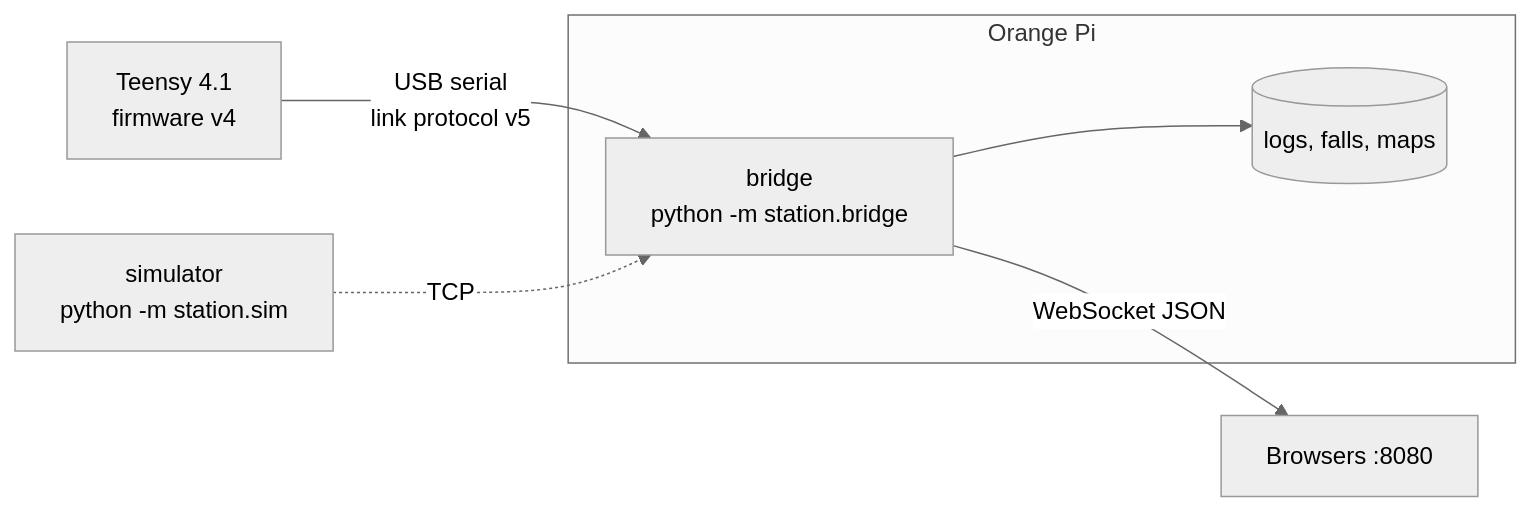
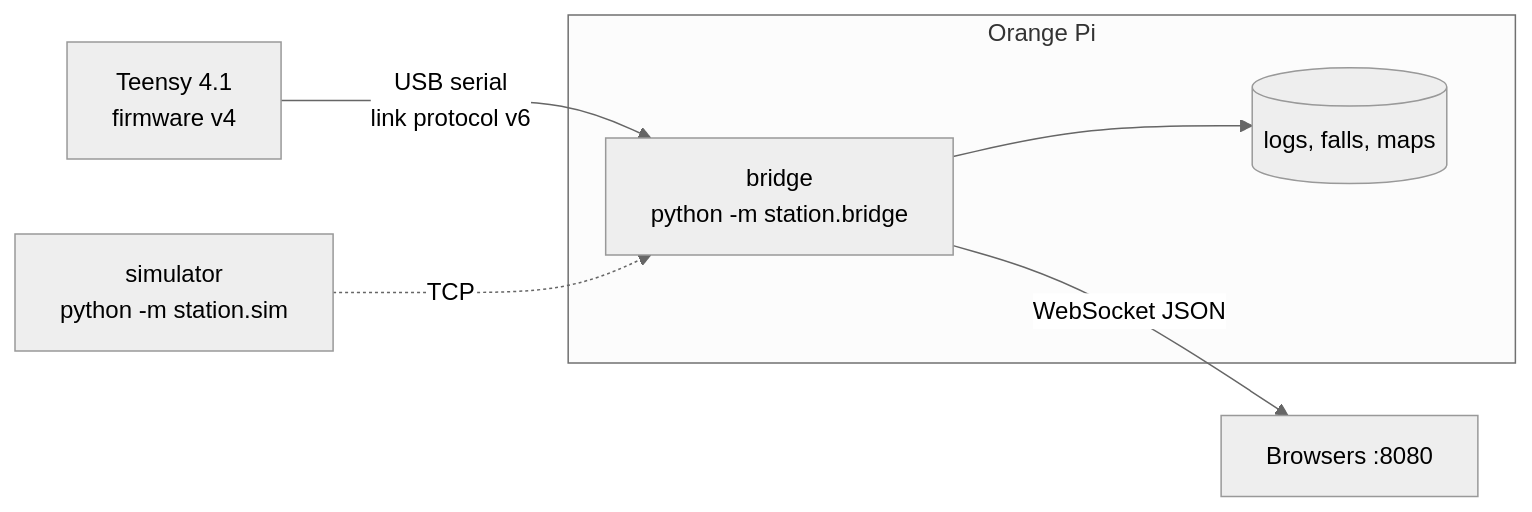
The first of 2 diagrams in station/README.md (nespotts/self_balancing_robot_3), drawn with Mermaid (neutral theme) before and after one commit. The commit also changed other lines of this file and 28 other files, not shown here.

````diff
--- a/station/README.md
+++ b/station/README.md
@@ -5,9 +5,9 @@
 ```mermaid
 flowchart LR
-  T[Teensy 4.1<br>firmware v4] -- "USB serial<br>link protocol v5" --> B
+  T[Teensy 4.1<br>firmware v4] -- "USB serial<br>link protocol v6" --> B
   subgraph Pi[Orange Pi]
     B[bridge<br>python -m station.bridge] --> L[(logs, falls, maps)]
   end
   B -- "WebSocket JSON" --> W[Browsers :8080]
   S[simulator<br>python -m station.sim] -. "TCP" .-> B
 ```
````
